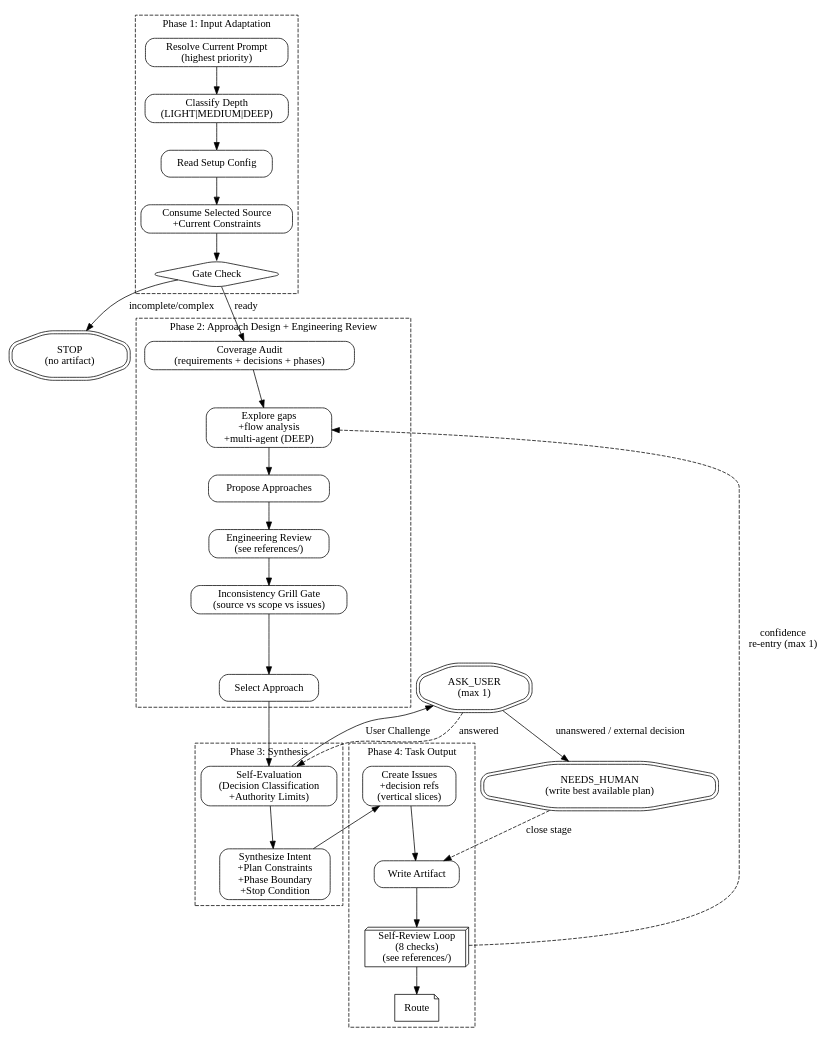
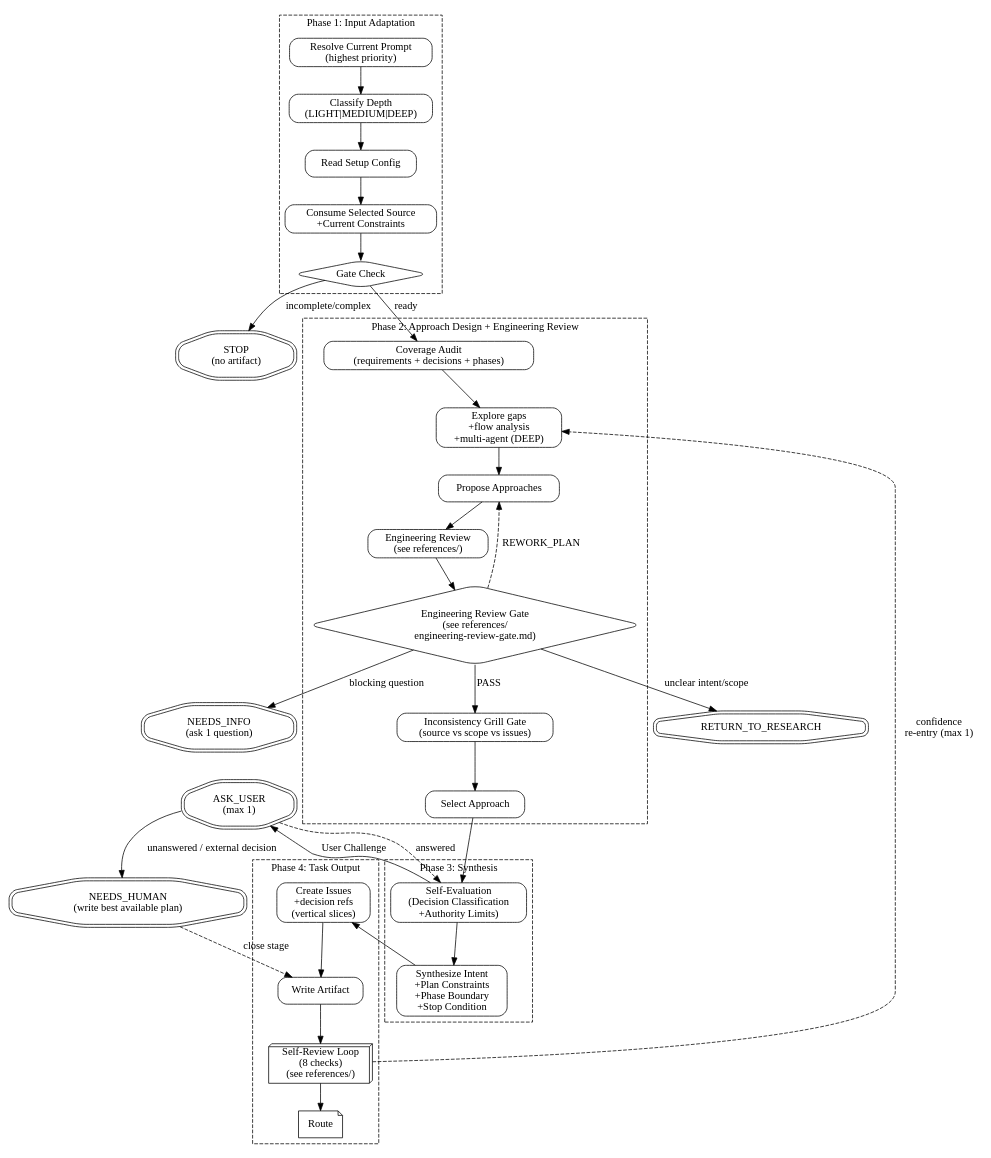
One commit to feng-y/pge changed the diagram in skills/pge-plan/SKILL.md. Above: the diagram before and after it, drawn with Graphviz. The commit also changed other lines of this file and 6 other files, not shown here.

First line of the commit message:
fix(research-plan-quality-enhancements-followup): align gate contracts and docs

````diff
--- a/skills/pge-plan/SKILL.md
+++ b/skills/pge-plan/SKILL.md
@@ -74,64 +74,73 @@
 ```dot
 digraph pge_plan {
   rankdir=TB;
   node [shape=box, style=rounded];
 
   subgraph cluster_phase1 {
     label="Phase 1: Input Adaptation";
     style=dashed;
     resolve_input [label="Resolve Current Prompt\n(highest priority)"];
     classify_depth [label="Classify Depth\n(LIGHT|MEDIUM|DEEP)"];
     read_config [label="Read Setup Config"];
     consume_upstream [label="Consume Selected Source\n+Current Constraints"];
     gate_check [label="Gate Check", shape=diamond];
     resolve_input -> classify_depth -> read_config -> consume_upstream -> gate_check;
   }
 
   gate_stop [label="STOP\n(no artifact)", shape=doubleoctagon];
   gate_check -> gate_stop [label="incomplete/complex"];
 
   subgraph cluster_phase2 {
     label="Phase 2: Approach Design + Engineering Review";
     style=dashed;
     coverage_audit [label="Coverage Audit\n(requirements + decisions + phases)"];
     explore [label="Explore gaps\n+flow analysis\n+multi-agent (DEEP)"];
     propose [label="Propose Approaches"];
     eng_review [label="Engineering Review\n(see references/)"];
+    eng_gate [label="Engineering Review Gate\n(see references/\nengineering-review-gate.md)", shape=diamond];
     grill_gate [label="Inconsistency Grill Gate\n(source vs scope vs issues)"];
     select_approach [label="Select Approach"];
-    coverage_audit -> explore -> propose -> eng_review -> grill_gate -> select_approach;
+    coverage_audit -> explore -> propose -> eng_review -> eng_gate;
+    eng_gate -> grill_gate [label="PASS"];
+    eng_gate -> propose [label="REWORK_PLAN", style=dashed];
+    grill_gate -> select_approach;
   }
+
+  eng_gate_research [label="RETURN_TO_RESEARCH", shape=doubleoctagon];
+  eng_gate_info [label="NEEDS_INFO\n(ask 1 question)", shape=doubleoctagon];
+  eng_gate -> eng_gate_research [label="unclear intent/scope"];
+  eng_gate -> eng_gate_info [label="blocking question"];
 
   gate_check -> coverage_audit [label="ready"];
 
   subgraph cluster_phase3 {
     label="Phase 3: Synthesis";
     style=dashed;
     self_eval [label="Self-Evaluation\n(Decision Classification\n+Authority Limits)"];
     synthesize [label="Synthesize Intent\n+Plan Constraints\n+Phase Boundary\n+Stop Condition"];
     self_eval -> synthesize;
   }
 
   authority_ask [label="ASK_USER\n(max 1)", shape=doubleoctagon];
   needs_human [label="NEEDS_HUMAN\n(write best available plan)", shape=doubleoctagon];
   self_eval -> authority_ask [label="User Challenge"];
   authority_ask -> self_eval [label="answered", style=dashed];
   authority_ask -> needs_human [label="unanswered / external decision"];
 
   select_approach -> self_eval;
 
   subgraph cluster_phase4 {
     label="Phase 4: Task Output";
     style=dashed;
     create_issues [label="Create Issues\n+decision refs\n(vertical slices)"];
     write_artifact [label="Write Artifact"];
     self_review [label="Self-Review Loop\n(8 checks)\n(see references/)", shape=box3d];
     route [label="Route", shape=note];
     create_issues -> write_artifact -> self_review -> route;
   }
 
   synthesize -> create_issues;
   needs_human -> write_artifact [label="close stage", style=dashed];
   self_review -> explore [label="confidence\nre-entry (max 1)", style=dashed];
 }
 ```
````
